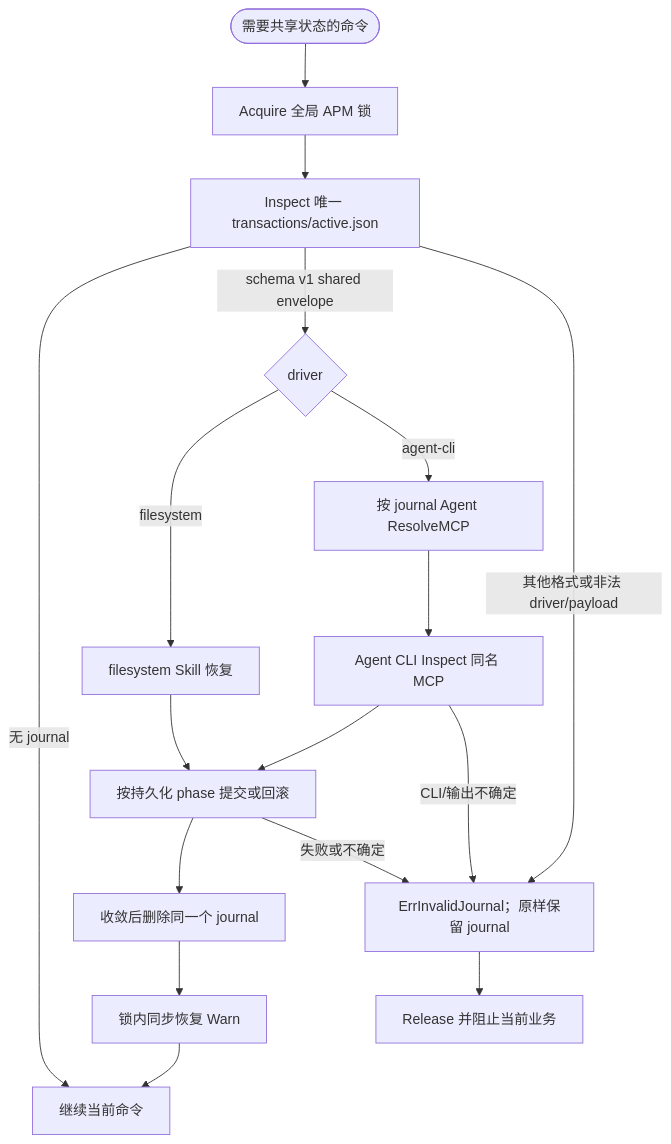
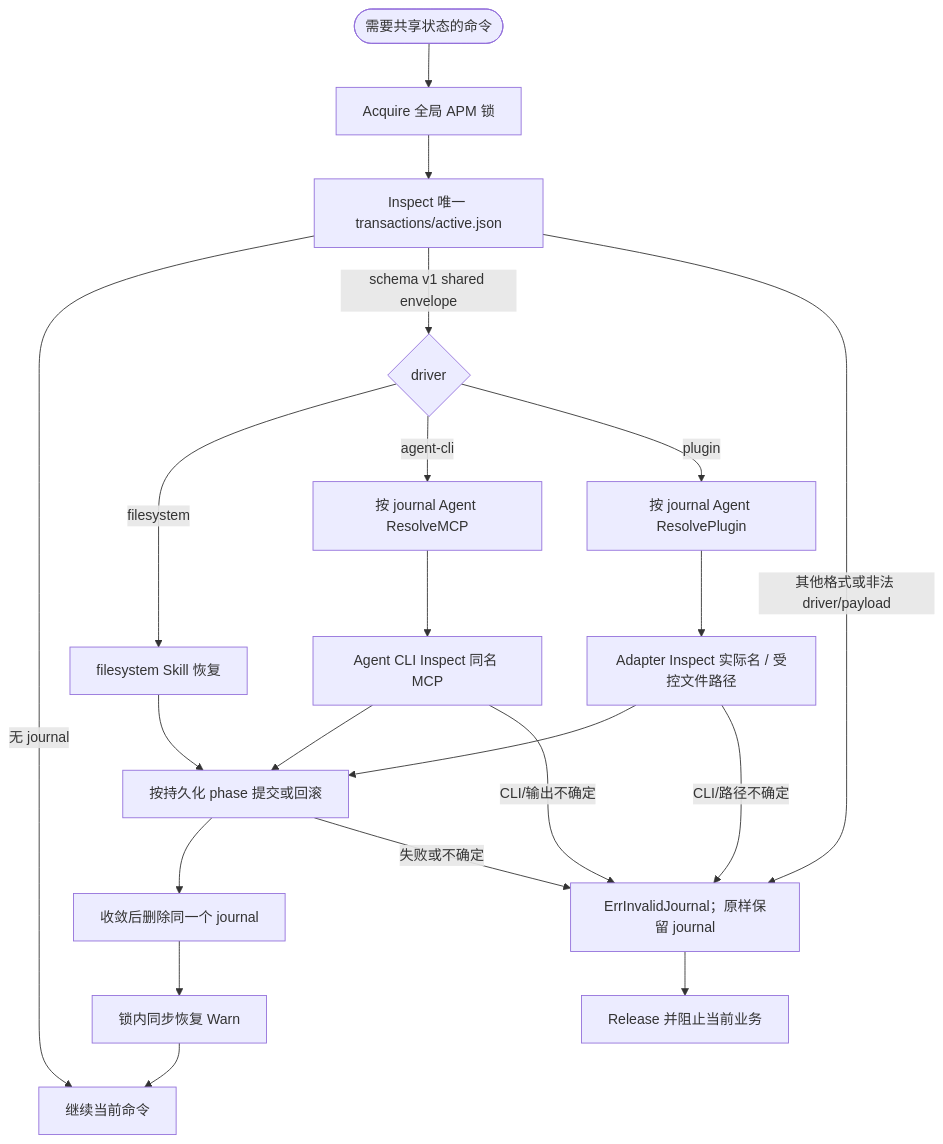
One commit to spacemit-com/agent-power-manager changed the diagram in ivory-tower/c4/components/apm-cli-lifecycle-diagrams/common-journal-recovery.mmd. Above: the diagram before and after it, drawn with Mermaid. The commit also changed 15 other files, not shown here.

Commit message:
docs(plugin): record lifecycle architecture

```diff
--- a/ivory-tower/c4/components/apm-cli-lifecycle-diagrams/common-journal-recovery.mmd
+++ b/ivory-tower/c4/components/apm-cli-lifecycle-diagrams/common-journal-recovery.mmd
@@ -1,17 +1,21 @@
 flowchart TD
     Start([需要共享状态的命令]) --> Lock[Acquire 全局 APM 锁]
     Lock --> Inspect[Inspect 唯一 transactions/active.json]
     Inspect -->|无 journal| Resume[继续当前命令]
     Inspect -->|schema v1 shared envelope| Driver{driver}
     Driver -->|filesystem| FS[filesystem Skill 恢复]
     Driver -->|agent-cli| CLI[按 journal Agent ResolveMCP]
+    Driver -->|plugin| Plugin[按 journal Agent ResolvePlugin]
     FS --> Converge[按持久化 phase 提交或回滚]
     CLI --> InspectMCP[Agent CLI Inspect 同名 MCP]
     InspectMCP --> Converge
+    Plugin --> InspectPlugin[Adapter Inspect 实际名 / 受控文件路径]
+    InspectPlugin --> Converge
     Converge --> Delete[收敛后删除同一个 journal]
     Delete --> Warn[锁内同步恢复 Warn]
     Warn --> Resume
     Inspect -->|其他格式或非法 driver/payload| Fail[ErrInvalidJournal；原样保留 journal]
     InspectMCP -->|CLI/输出不确定| Fail
+    InspectPlugin -->|CLI/路径不确定| Fail
     Converge -->|失败或不确定| Fail
     Fail --> Release[Release 并阻止当前业务]
```
